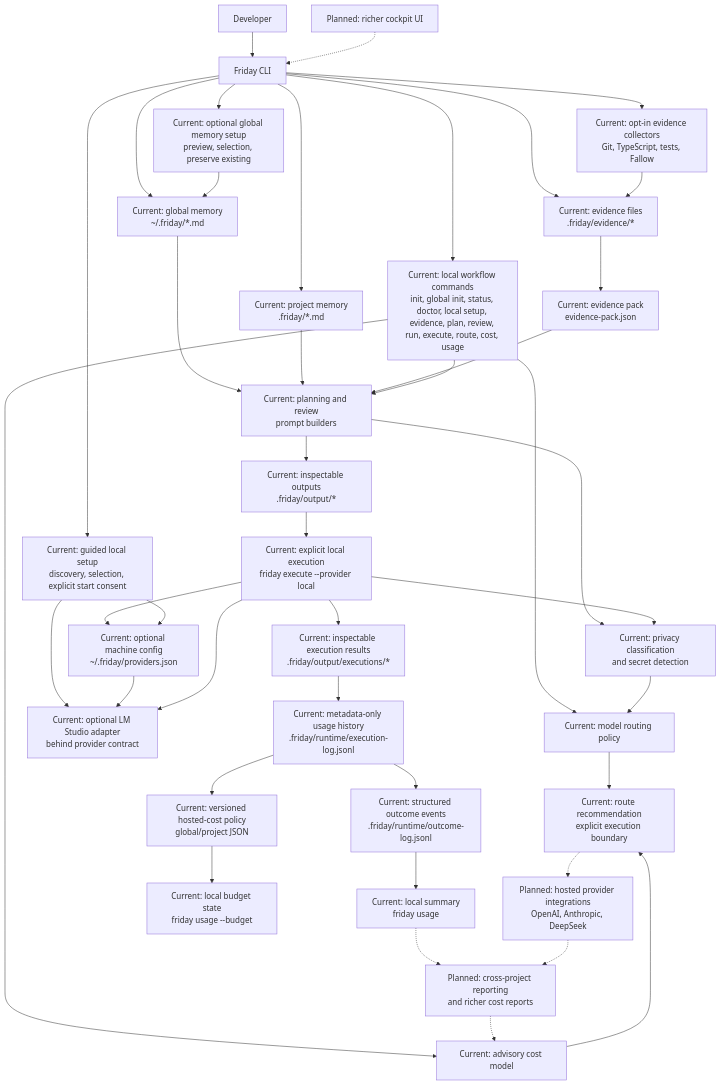
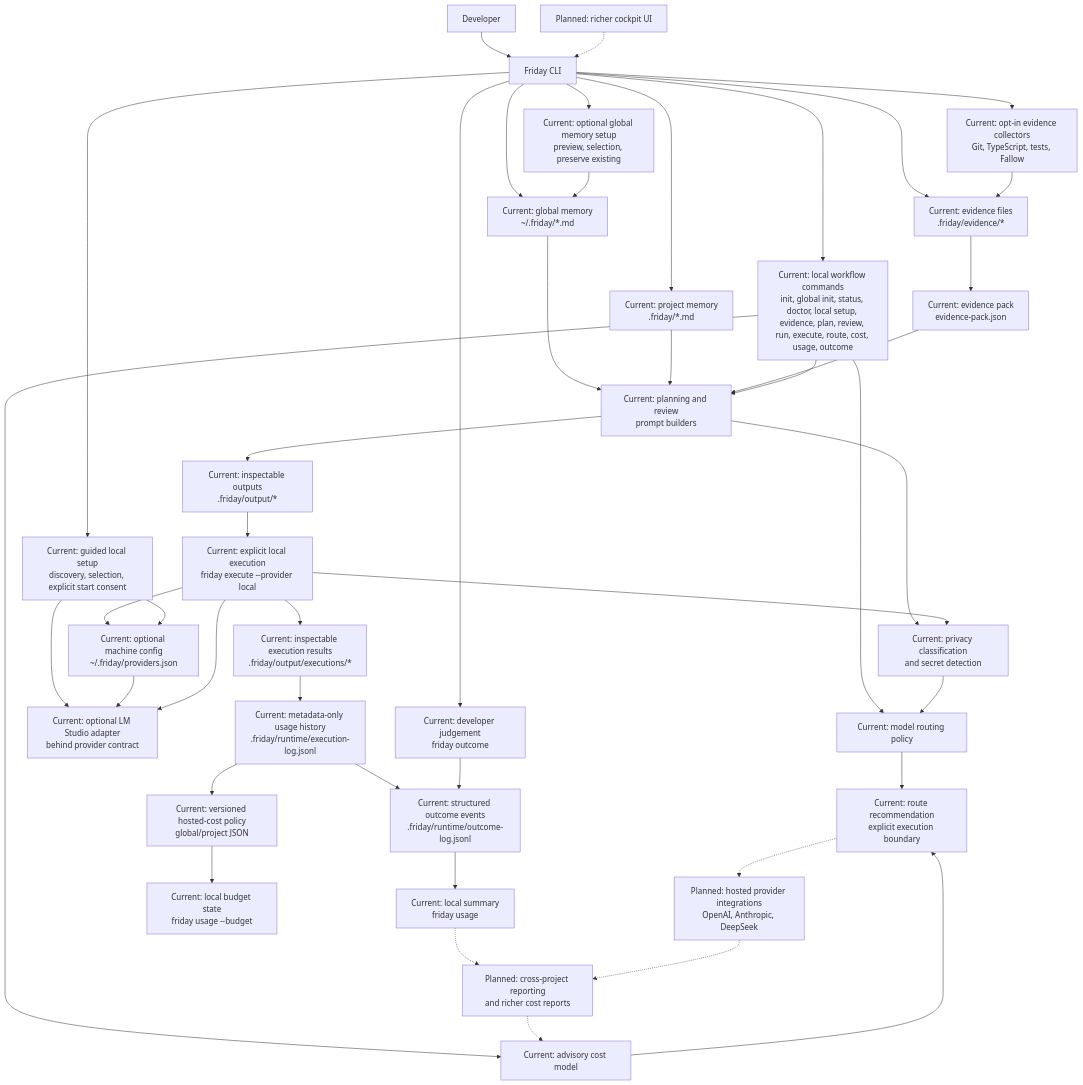
Before and after one commit to MikeBlakeway/friday: the diagram in docs/architecture.md, drawn with Mermaid. The commit also changed other lines of this file and 6 other files, not shown here.

````diff
--- a/docs/architecture.md
+++ b/docs/architecture.md
@@ -14,48 +14,50 @@
 ```mermaid
 flowchart TD
   Developer[Developer] --> CLI[Friday CLI]
 
   CLI --> CurrentGlobalMemory[Current: global memory<br/>~/.friday/*.md]
   CLI --> CurrentProjectMemory[Current: project memory<br/>.friday/*.md]
   CLI --> CurrentEvidence[Current: evidence files<br/>.friday/evidence/*]
-  CLI --> CurrentCommands[Current: local workflow commands<br/>init, global init, status, doctor, local setup, evidence, plan, review, run, execute, route, cost, usage]
+  CLI --> CurrentCommands[Current: local workflow commands<br/>init, global init, status, doctor, local setup, evidence, plan, review, run, execute, route, cost, usage, outcome]
 
   CurrentGlobalMemory --> PromptBuilders[Current: planning and review<br/>prompt builders]
   CurrentProjectMemory --> PromptBuilders
   CurrentEvidence --> EvidencePack[Current: evidence pack<br/>evidence-pack.json]
   EvidencePack --> PromptBuilders
   CurrentCommands --> PromptBuilders
 
   PromptBuilders --> PrivacySafety[Current: privacy classification<br/>and secret detection]
   CurrentCommands --> RoutePolicy[Current: model routing policy]
   CurrentCommands --> CostModel[Current: advisory cost model]
 
   PrivacySafety --> RoutePolicy
   RoutePolicy --> Recommendation[Current: route recommendation<br/>explicit execution boundary]
   CostModel --> Recommendation
   PromptBuilders --> LocalOutputs[Current: inspectable outputs<br/>.friday/output/*]
   LocalOutputs --> ExecuteBoundary[Current: explicit local execution<br/>friday execute --provider local]
   ExecuteBoundary --> PrivacySafety
   ExecuteBoundary --> GlobalProviderConfig[Current: optional machine config<br/>~/.friday/providers.json]
   CLI --> GuidedSetup[Current: guided local setup<br/>discovery, selection, explicit start consent]
   CLI --> GlobalMemorySetup[Current: optional global memory setup<br/>preview, selection, preserve existing]
   GlobalMemorySetup --> CurrentGlobalMemory
   GuidedSetup --> GlobalProviderConfig
   GuidedSetup --> CurrentLocalProvider
   GlobalProviderConfig --> CurrentLocalProvider
   ExecuteBoundary --> CurrentLocalProvider[Current: optional LM Studio adapter<br/>behind provider contract]
   ExecuteBoundary --> ExecutionOutputs[Current: inspectable execution results<br/>.friday/output/executions/*]
   ExecutionOutputs --> CurrentUsage[Current: metadata-only usage history<br/>.friday/runtime/execution-log.jsonl]
   CurrentUsage --> OutcomeHistory[Current: structured outcome events<br/>.friday/runtime/outcome-log.jsonl]
+  CLI --> OutcomeCommand[Current: developer judgement<br/>friday outcome]
+  OutcomeCommand --> OutcomeHistory
   OutcomeHistory --> UsageSummary[Current: local summary<br/>friday usage]
   CurrentUsage --> BudgetPolicy[Current: versioned hosted-cost policy<br/>global/project JSON]
   BudgetPolicy --> BudgetSummary[Current: local budget state<br/>friday usage --budget]
 
   CLI --> CurrentCollectors[Current: opt-in evidence collectors<br/>Git, TypeScript, tests, Fallow]
   CurrentCollectors --> CurrentEvidence
   Recommendation -.-> PlannedProviders[Planned: hosted provider integrations<br/>OpenAI, Anthropic, DeepSeek]
   UsageSummary -.-> PlannedReporting[Planned: cross-project reporting<br/>and richer cost reports]
   PlannedProviders -.-> PlannedReporting
   PlannedReporting -.-> CostModel
   PlannedCockpit[Planned: richer cockpit UI] -.-> CLI
 ```
````
